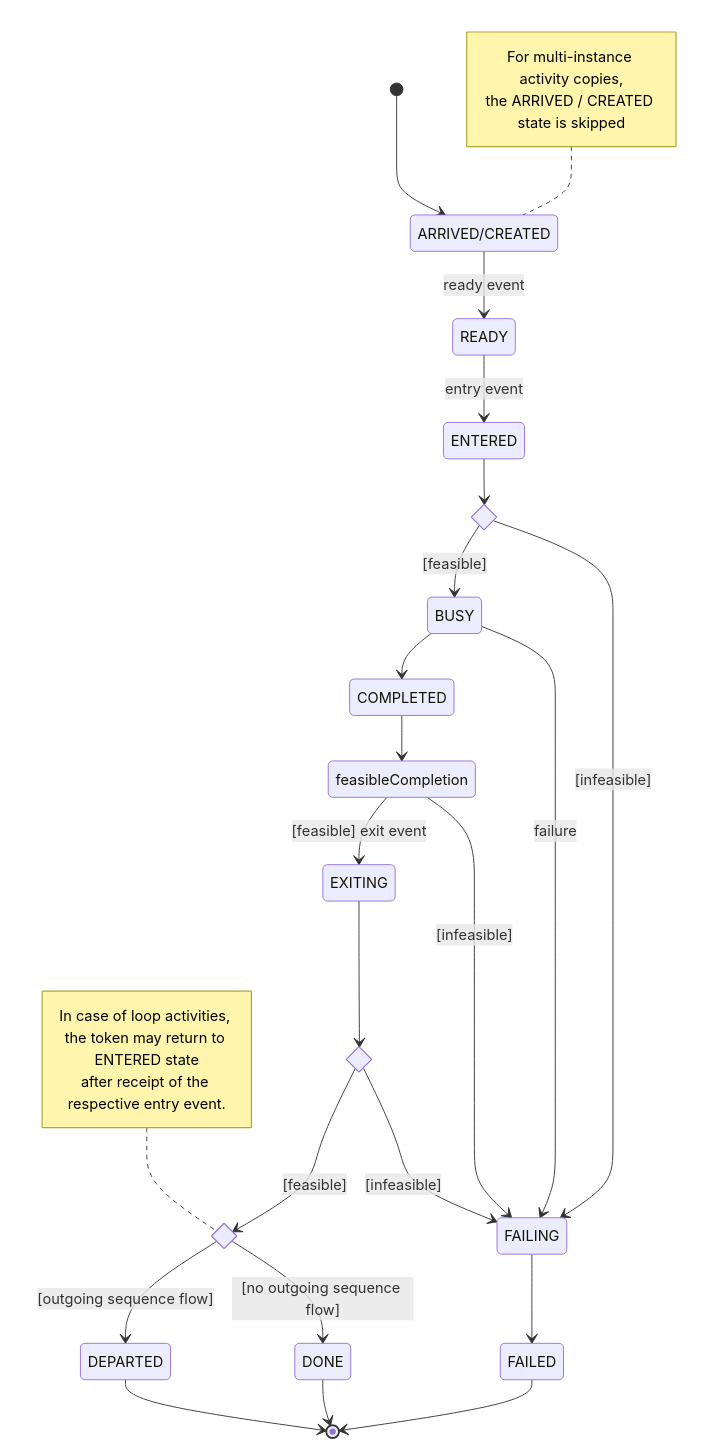
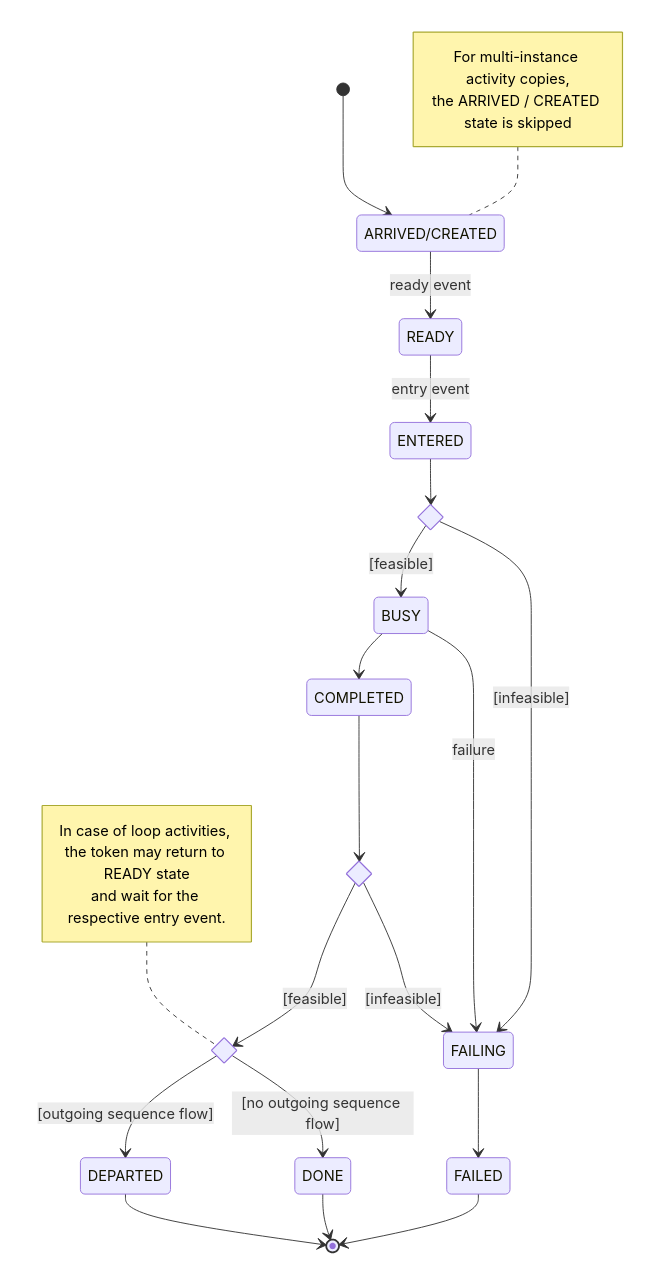
Before and after one commit to bpmn-os/bpmnos-engine: the diagram in docs/md/logic/token_flow_logic_subprocesses.md, drawn with Mermaid. The commit also changed other lines of this file and 107 other files, not shown here.

First line of the commit message:
Remove the exit event and the exiting state

```diff
--- a/docs/md/logic/token_flow_logic_subprocesses.md
+++ b/docs/md/logic/token_flow_logic_subprocesses.md
@@ -13,34 +13,31 @@
 <pre class="mermaid">
 stateDiagram-v2
     state feasibleEntry <<choice>>
-    state feasibleExit <<choice>>
+    state feasibleCompletion <<choice>>
     state departure <<choice>>
     [*] --> ARRIVED/CREATED
     note left of ARRIVED/CREATED
       For multi-instance activity copies,
       the ARRIVED / CREATED state is skipped
     end note
     ARRIVED/CREATED --> READY: ready event
     READY --> ENTERED: entry event
     ENTERED --> feasibleEntry
     feasibleEntry --> BUSY: [feasible]
     feasibleEntry --> FAILING: [infeasible]
     BUSY --> COMPLETED
     BUSY --> FAILING: failure
     COMPLETED --> feasibleCompletion
-    feasibleCompletion --> EXITING: [feasible] exit event
+    feasibleCompletion --> departure: [feasible]
+    note left of departure
+      In case of loop activities, the token may return to READY state
+      and wait for the respective entry event.
+    end note
     feasibleCompletion --> FAILING: [infeasible]
-    EXITING --> feasibleExit
-    feasibleExit --> departure: [feasible]
-    note left of departure
-      In case of loop activities, the token may return to ENTERED state
-      after receipt of the respective entry event.
-    end note
-    feasibleExit --> FAILING: [infeasible]
     departure --> DEPARTED: [outgoing sequence flow]
     departure --> DONE: [no outgoing sequence flow]
     DEPARTED --> [*]
     DONE --> [*]
     FAILING --> FAILED
     FAILED --> [*]
 </pre>
```
